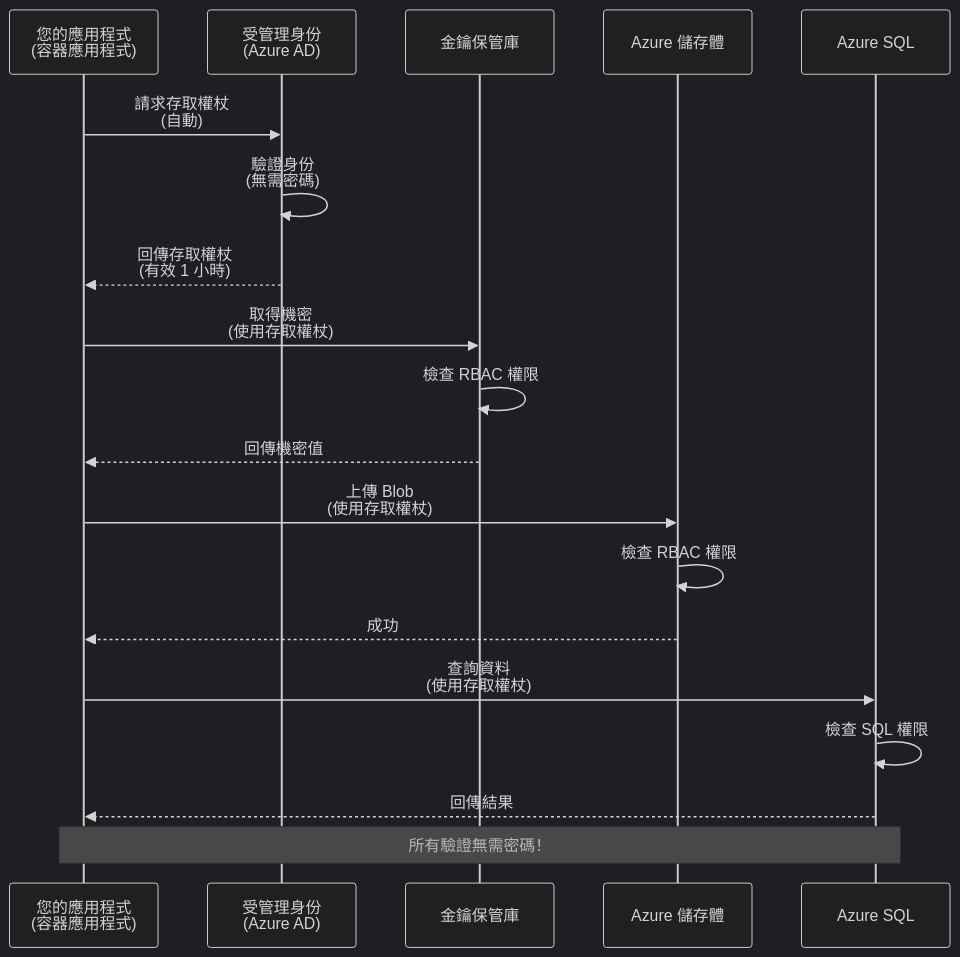
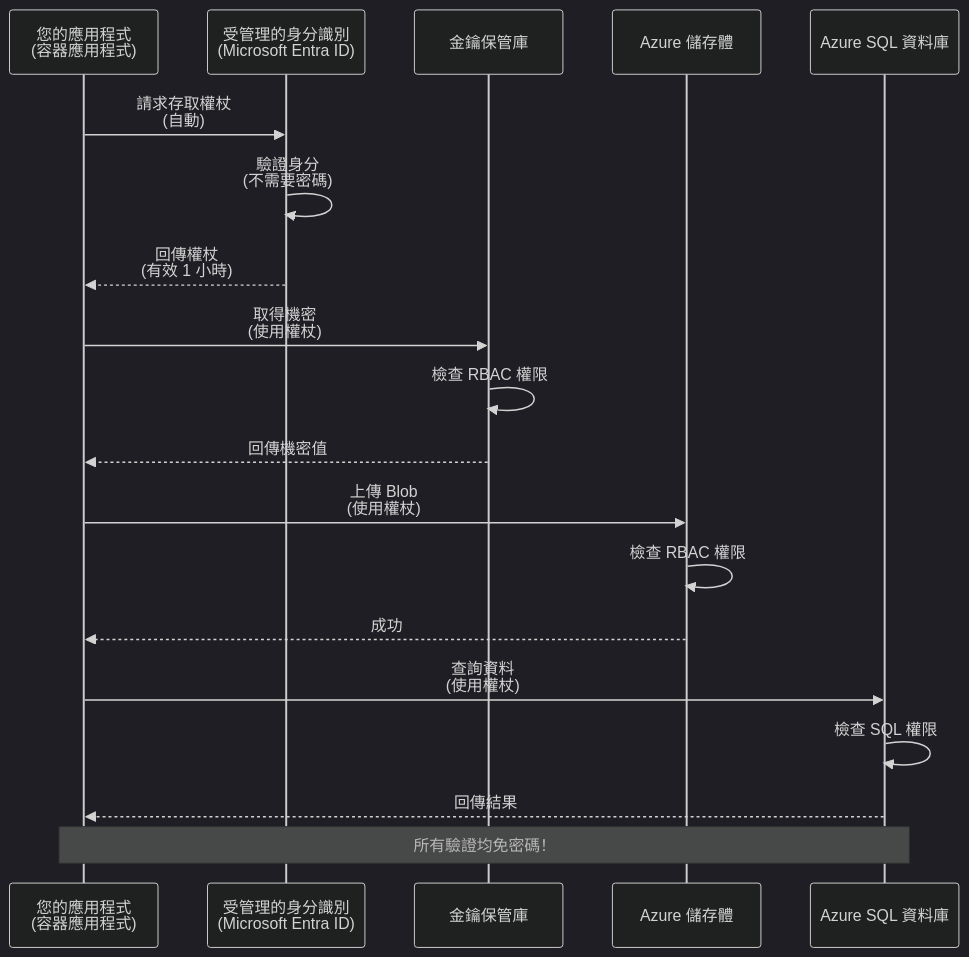
The first of 2 diagrams in translations/zh-MO/docs/chapter-03-configuration/authsecurity.md (microsoft/AZD-for-beginners), drawn with Mermaid (dark theme) before and after one commit. The commit also changed other lines of this file and 104 other files, not shown here.

````diff
--- a/translations/zh-MO/docs/chapter-03-configuration/authsecurity.md
+++ b/translations/zh-MO/docs/chapter-03-configuration/authsecurity.md
@@ -69,26 +69,26 @@
 ```mermaid
 sequenceDiagram
     participant App as 您的應用程式<br/>(容器應用程式)
-    participant MI as 受管理身份<br/>(Azure AD)
+    participant MI as 受管理的身分識別<br/>(Microsoft Entra ID)
     participant KV as 金鑰保管庫
     participant Storage as Azure 儲存體
-    participant DB as Azure SQL
+    participant DB as Azure SQL 資料庫
     
     App->>MI: 請求存取權杖<br/>(自動)
-    MI->>MI: 驗證身份<br/>(無需密碼)
-    MI-->>App: 回傳存取權杖<br/>(有效 1 小時)
+    MI->>MI: 驗證身分<br/>(不需要密碼)
+    MI-->>App: 回傳權杖<br/>(有效 1 小時)
     
-    App->>KV: 取得機密<br/>(使用存取權杖)
+    App->>KV: 取得機密<br/>(使用權杖)
     KV->>KV: 檢查 RBAC 權限
     KV-->>App: 回傳機密值
     
-    App->>Storage: 上傳 Blob<br/>(使用存取權杖)
+    App->>Storage: 上傳 Blob<br/>(使用權杖)
     Storage->>Storage: 檢查 RBAC 權限
     Storage-->>App: 成功
     
-    App->>DB: 查詢資料<br/>(使用存取權杖)
+    App->>DB: 查詢資料<br/>(使用權杖)
     DB->>DB: 檢查 SQL 權限
     DB-->>App: 回傳結果
     
-    Note over App,DB: 所有驗證無需密碼！
+    Note over App,DB: 所有驗證均免密碼！
 ```
````
